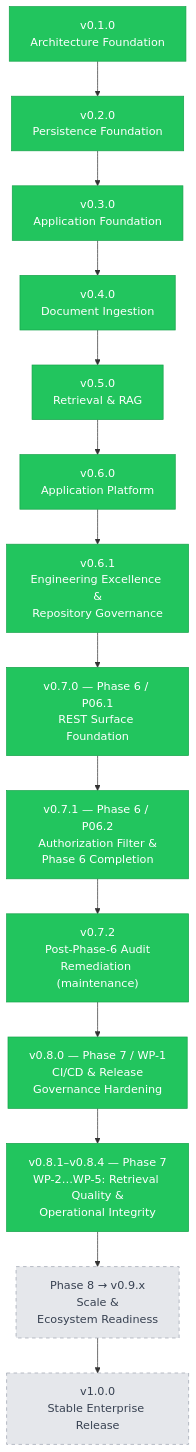
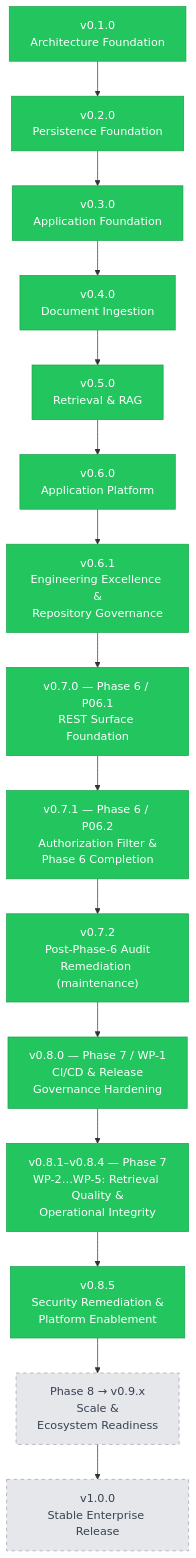
One commit to mudassirshahzad/project-eka changed the diagram in README.md. Above: the diagram before and after it, drawn with Mermaid. The commit also changed other lines of this file and 6 other files, not shown here.

First line of the commit message:
docs: regenerate the roadmap and architecture diagrams, refresh the README (#20)

````diff
--- a/README.md
+++ b/README.md
@@ -462,22 +503,23 @@
 ```mermaid
 graph TD
     A["v0.1.0<br/>Architecture Foundation"] --> B["v0.2.0<br/>Persistence Foundation"]
     B --> C["v0.3.0<br/>Application Foundation"]
     C --> D["v0.4.0<br/>Document Ingestion"]
     D --> E["v0.5.0<br/>Retrieval &amp; RAG"]
     E --> F["v0.6.0<br/>Application Platform"]
     F --> G["v0.6.1<br/>Engineering Excellence &amp;<br/>Repository Governance"]
     G --> H["v0.7.0 — Phase 6 / P06.1<br/>REST Surface Foundation"]
     H --> I["v0.7.1 — Phase 6 / P06.2<br/>Authorization Filter &amp;<br/>Phase 6 Completion"]
     I --> I2["v0.7.2<br/>Post-Phase-6 Audit<br/>Remediation (maintenance)"]
     I2 --> J1["v0.8.0 — Phase 7 / WP-1<br/>CI/CD &amp; Release<br/>Governance Hardening"]
     J1 --> J2["v0.8.1–v0.8.4 — Phase 7<br/>WP-2…WP-5: Retrieval Quality &amp;<br/>Operational Integrity"]
-    J2 --> K["Phase 8 → v0.9.x<br/>Scale &amp;<br/>Ecosystem Readiness"]
+    J2 --> J3["v0.8.5<br/>Security Remediation &amp;<br/>Platform Enablement"]
+    J3 --> K["Phase 8 → v0.9.x<br/>Scale &amp;<br/>Ecosystem Readiness"]
     K --> L["v1.0.0<br/>Stable Enterprise Release"]
 
     classDef done fill:#22c55e,stroke:#16a34a,color:#ffffff
     classDef planned fill:#e5e7eb,stroke:#9ca3af,color:#374151,stroke-dasharray: 5 5
 
-    class A,B,C,D,E,F,G,H,I,I2,J1,J2 done
+    class A,B,C,D,E,F,G,H,I,I2,J1,J2,J3 done
     class K,L planned
 ```
````
